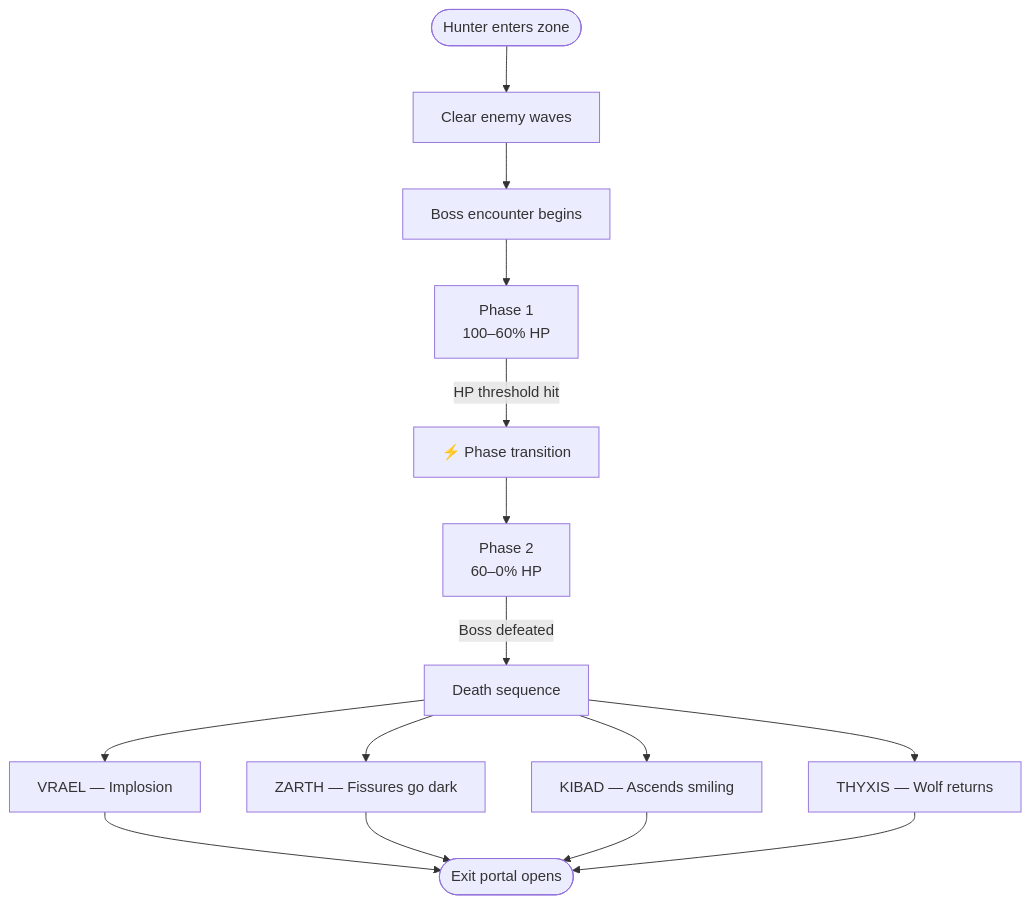
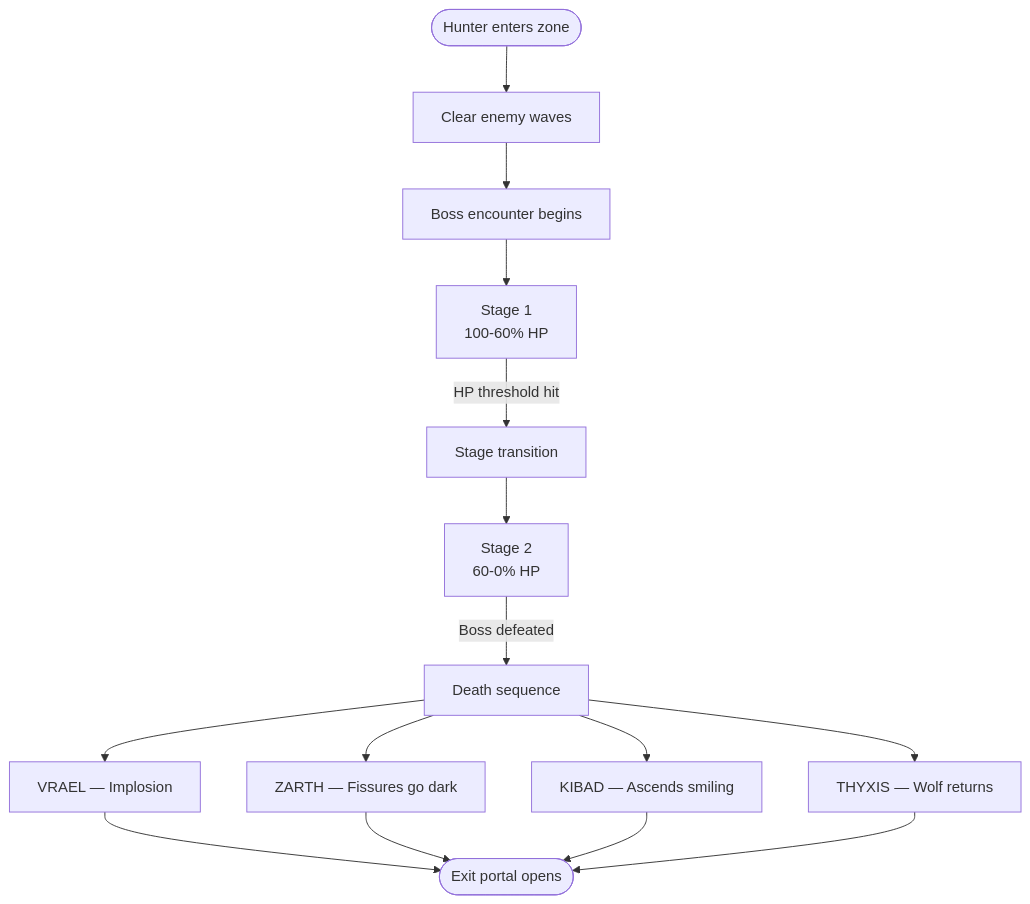
The third of 3 diagrams in README.md (dktn7/huntix), drawn with Mermaid before and after one commit. The commit also changed other lines of this file and 758 other files, not shown here.

````diff
--- a/README.md
+++ b/README.md
@@ -141,17 +141,17 @@
 ```mermaid
 flowchart TD
     ENTER([Hunter enters zone]) --> WAVES[Clear enemy waves]
     WAVES --> BOSS[Boss encounter begins]
-    BOSS --> P1[Phase 1\n100–60% HP]
-    P1 -->|HP threshold hit| TRANS1[⚡ Phase transition]
-    TRANS1 --> P2[Phase 2\n60–0% HP]
+    BOSS --> P1[Stage 1\n100-60% HP]
+    P1 -->|HP threshold hit| TRANS1[Stage transition]
+    TRANS1 --> P2[Stage 2\n60-0% HP]
     P2 -->|Boss defeated| DEATH[Death sequence]
     DEATH --> VRAEL_END[VRAEL — Implosion]
     DEATH --> ZARTH_END[ZARTH — Fissures go dark]
     DEATH --> KIBAD_END[KIBAD — Ascends smiling]
     DEATH --> THYXIS_END[THYXIS — Wolf returns]
     VRAEL_END --> EXIT([Exit portal opens])
     ZARTH_END --> EXIT
     KIBAD_END --> EXIT
     THYXIS_END --> EXIT
 ```
````
